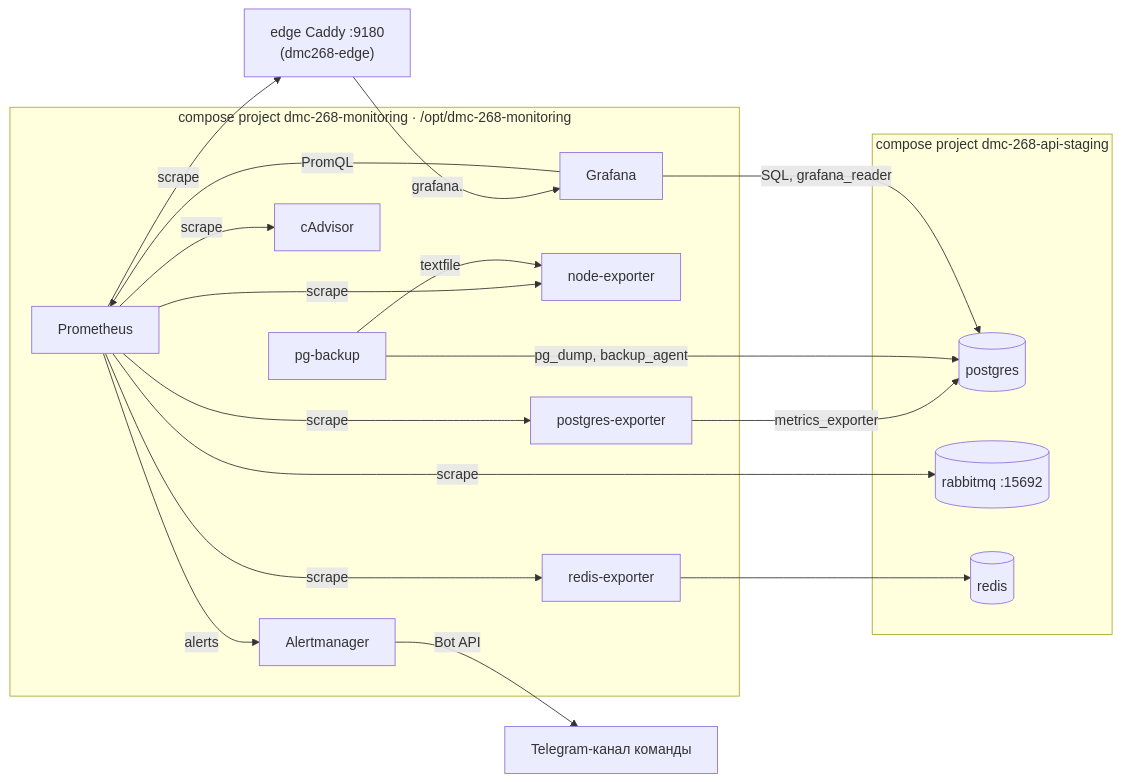
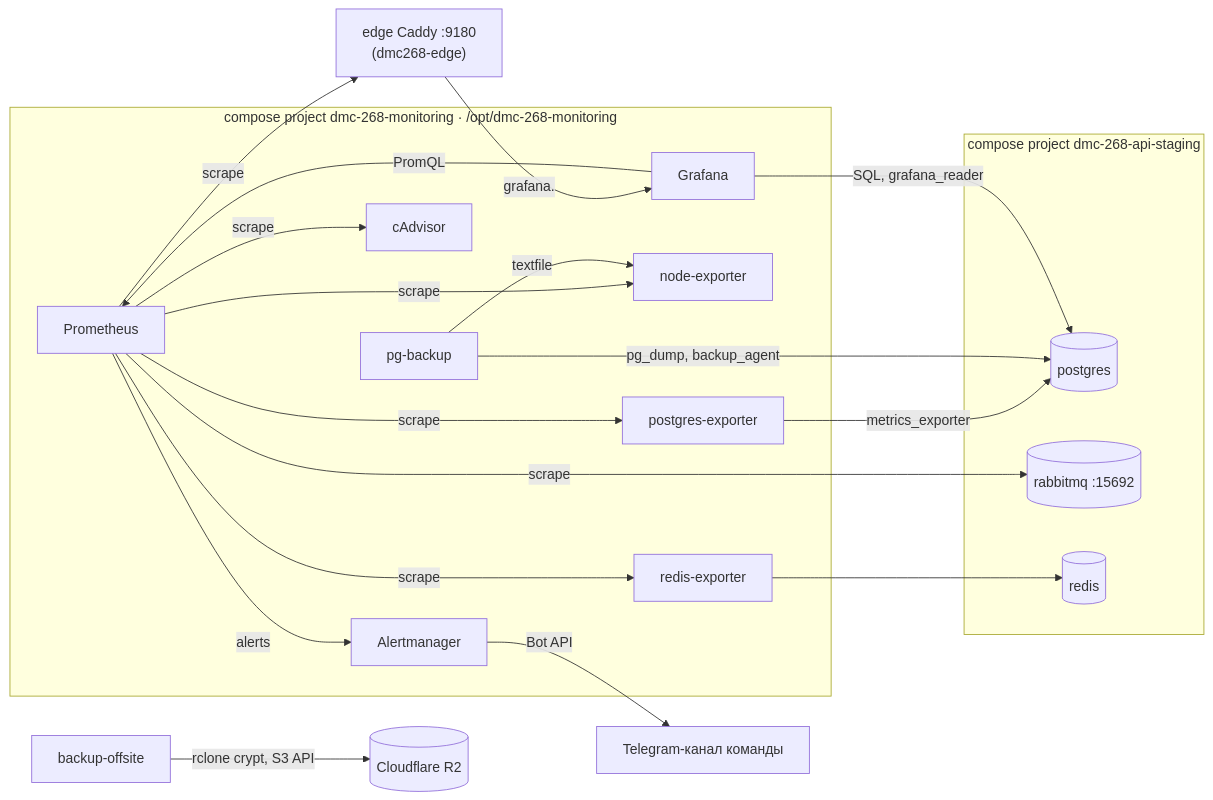
Before and after one commit to larchanka-training/dmc-268-api-t6: the diagram in docs/MONITORING.md, drawn with Mermaid. The commit also changed other lines of this file and 10 other files, not shown here.

````diff
--- a/docs/MONITORING.md
+++ b/docs/MONITORING.md
@@ -7,29 +7,30 @@
 ```mermaid
 flowchart LR
   subgraph mon["compose project dmc-268-monitoring · /opt/dmc-268-monitoring"]
     prom[Prometheus]
     am[Alertmanager]
     graf[Grafana]
     node[node-exporter]
     cadv[cAdvisor]
     pgx[postgres-exporter]
     rx[redis-exporter]
     bk[pg-backup]
   end
   subgraph app["compose project dmc-268-api-staging"]
     pg[(postgres)]
     mq[(rabbitmq :15692)]
     redis[(redis)]
   end
   caddy["edge Caddy :9180\n(dmc268-edge)"]
   prom -->|scrape| node & cadv & pgx & rx & mq & caddy
   pgx -->|metrics_exporter| pg
   bk -->|"pg_dump, backup_agent"| pg
   bk -->|textfile| node
+  off[backup-offsite] -->|"rclone crypt, S3 API"| r2[("Cloudflare R2")]
   rx --> redis
   graf -->|PromQL| prom
   graf -->|"SQL, grafana_reader"| pg
   prom -->|alerts| am
   am -->|Bot API| tg["Telegram-канал команды"]
   caddy -->|"grafana.<APP_DOMAIN>"| graf
 ```
````
